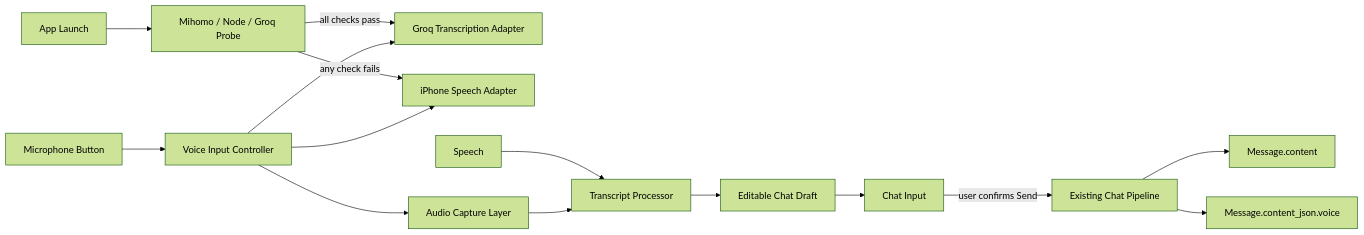
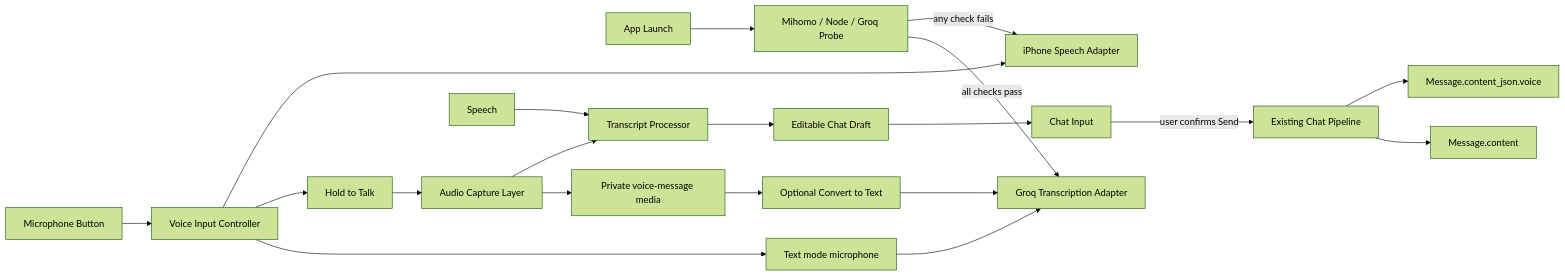
One commit to russel-the-menace/Chatterra changed the diagram in VOICE_INPUT_ARCHITECTURE.md. Above: the diagram before and after it, drawn with Mermaid (forest theme). The commit also changed other lines of this file and 15 other files, not shown here.

````diff
--- a/VOICE_INPUT_ARCHITECTURE.md
+++ b/VOICE_INPUT_ARCHITECTURE.md
@@ -10,17 +10,22 @@
 ```mermaid
 flowchart LR
     Launch[App Launch] --> Probe[Mihomo / Node / Groq Probe]
     Probe -->|all checks pass| Cloud[Groq Transcription Adapter]
     Probe -->|any check fails| Local[iPhone Speech Adapter]
+    TextMode[Text mode microphone] --> Cloud
+    VoiceMode[Hold to Talk] --> Capture[Audio Capture Layer]
+    Capture --> VoiceMessage[Private voice-message media]
+    VoiceMessage --> OptionalText[Optional Convert to Text]
+    OptionalText --> Cloud
     Mic[Microphone Button] --> Controller[Voice Input Controller]
-    Controller --> Capture[Audio Capture Layer]
-    Controller --> Cloud
+    Controller --> TextMode
+    Controller --> VoiceMode
     Controller --> Local
     Speech --> Transcript[Transcript Processor]
     Capture --> Transcript
     Transcript --> Draft[Editable Chat Draft]
     Draft --> Input[Chat Input]
     Input -->|user confirms Send| Chat[Existing Chat Pipeline]
     Chat --> Message[Message.content]
     Chat --> Metadata[Message.content_json.voice]
 ```
````
